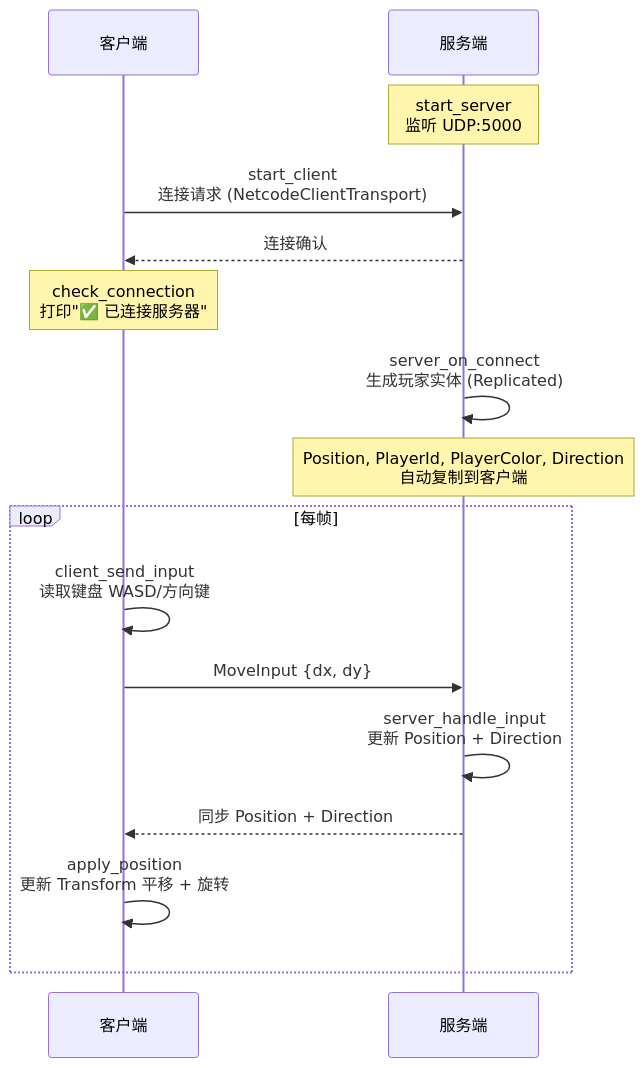
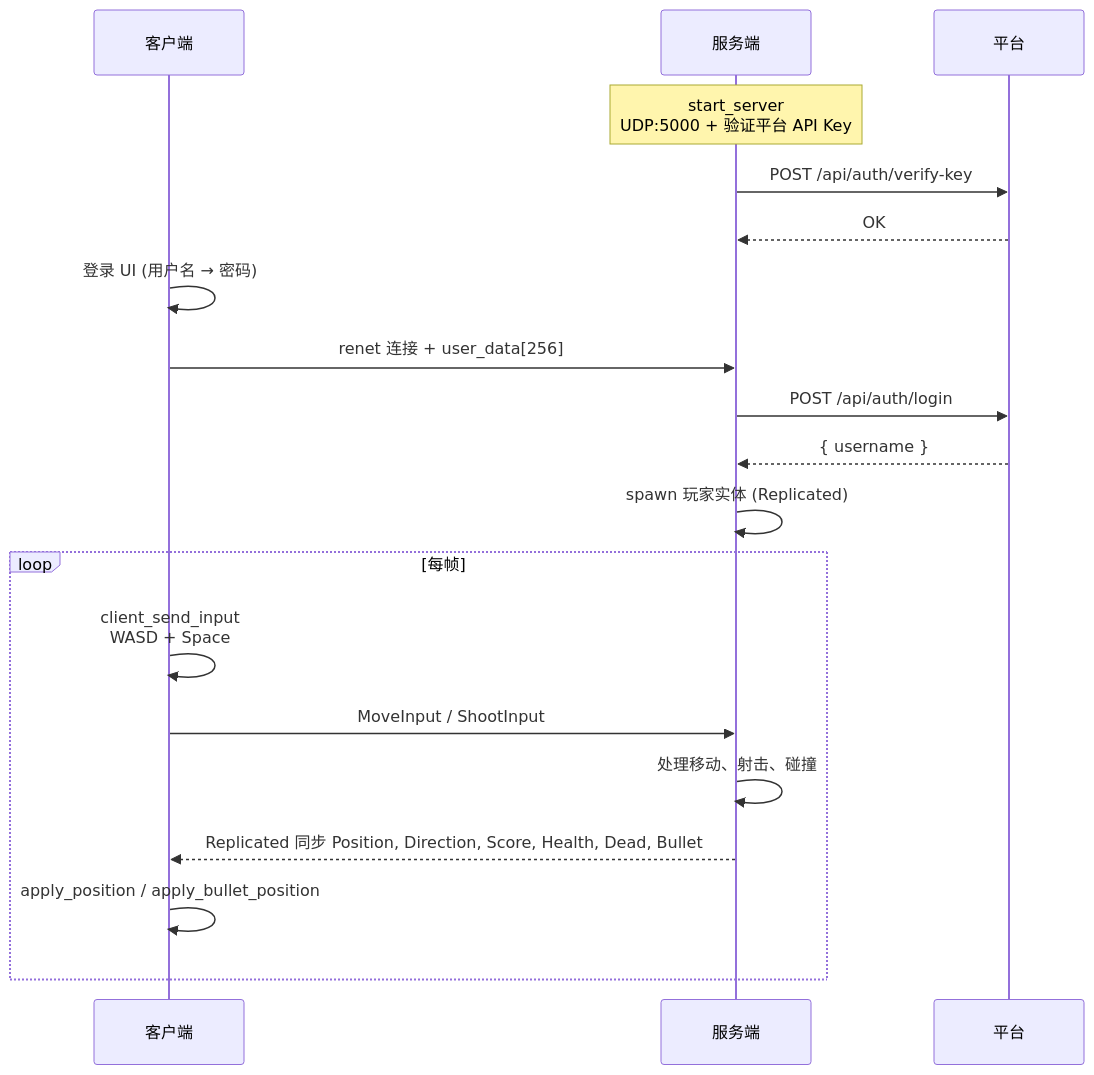
Before and after one commit to kindywu/simple_bevy: the third of 3 diagrams in DESIGN.md, drawn with Mermaid. The commit also changed other lines of this file and 8 other files, not shown here.

````diff
--- a/DESIGN.md
+++ b/DESIGN.md
@@ -70,21 +276,24 @@
 ```mermaid
 sequenceDiagram
     participant C as 客户端
     participant S as 服务端
+    participant P as 平台
 
-    Note over S: start_server<br/>监听 UDP:5000
-    C->>S: start_client<br/>连接请求 (NetcodeClientTransport)
-    S-->>C: 连接确认
-    Note over C: check_connection<br/>打印"✅ 已连接服务器"
+    Note over S: start_server<br/>UDP:5000 + 验证平台 API Key
+    S->>P: POST /api/auth/verify-key
+    P-->>S: OK
 
-    S->>S: server_on_connect<br/>生成玩家实体 (Replicated)
-    Note over S: Position, PlayerId, PlayerColor, Direction<br/>自动复制到客户端
+    C->>C: 登录 UI (用户名 → 密码)
+    C->>S: renet 连接 + user_data[256]
+    S->>P: POST /api/auth/login
+    P-->>S: { username }
+    S->>S: spawn 玩家实体 (Replicated)
 
     loop 每帧
-        C->>C: client_send_input<br/>读取键盘 WASD/方向键
-        C->>S: MoveInput {dx, dy}
-        S->>S: server_handle_input<br/>更新 Position + Direction
-        S-->>C: 同步 Position + Direction
-        C->>C: apply_position<br/>更新 Transform 平移 + 旋转
+        C->>C: client_send_input<br/>WASD + Space
+        C->>S: MoveInput / ShootInput
+        S->>S: 处理移动、射击、碰撞
+        S-->>C: Replicated 同步 Position, Direction, Score, Health, Dead, Bullet
+        C->>C: apply_position / apply_bullet_position
     end
 ```
````
